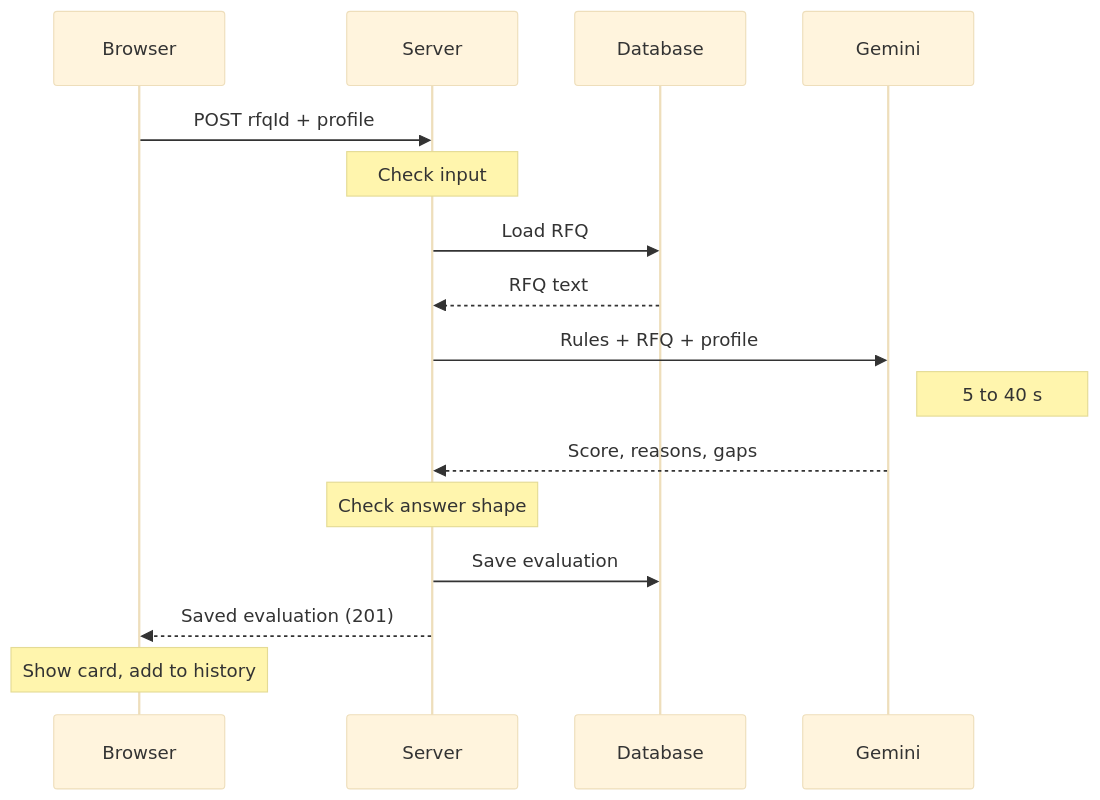
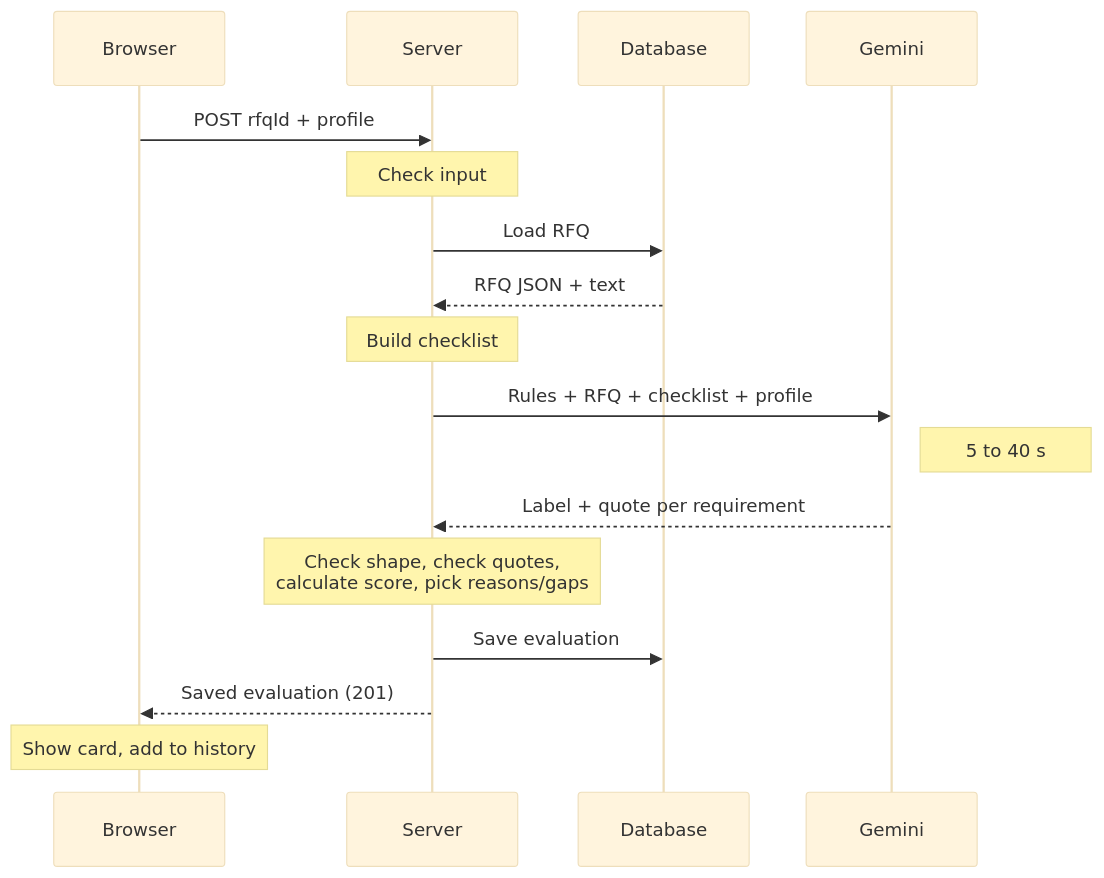
Before and after one commit to Pratyush1506/rfq-scorer: the third of 5 diagrams in docs/HOW_IT_WORKS.md, drawn with Mermaid (base theme). The commit also changed other lines of this file and 1 other file, not shown here.

Commit message:
- updated the build logs and how it works

````diff
--- a/docs/HOW_IT_WORKS.md
+++ b/docs/HOW_IT_WORKS.md
@@ -185,19 +187,20 @@
 ```mermaid
 sequenceDiagram
     participant B as Browser
     participant S as Server
     participant D as Database
     participant G as Gemini
 
     B->>S: POST rfqId + profile
     Note over S: Check input
     S->>D: Load RFQ
-    D-->>S: RFQ text
-    S->>G: Rules + RFQ + profile
+    D-->>S: RFQ JSON + text
+    Note over S: Build checklist
+    S->>G: Rules + RFQ + checklist + profile
     Note right of G: 5 to 40 s
-    G-->>S: Score, reasons, gaps
-    Note over S: Check answer shape
+    G-->>S: Label + quote per requirement
+    Note over S: Check shape, check quotes,<br/>calculate score, pick reasons/gaps
     S->>D: Save evaluation
     S-->>B: Saved evaluation (201)
     Note over B: Show card, add to history
 ```
````
